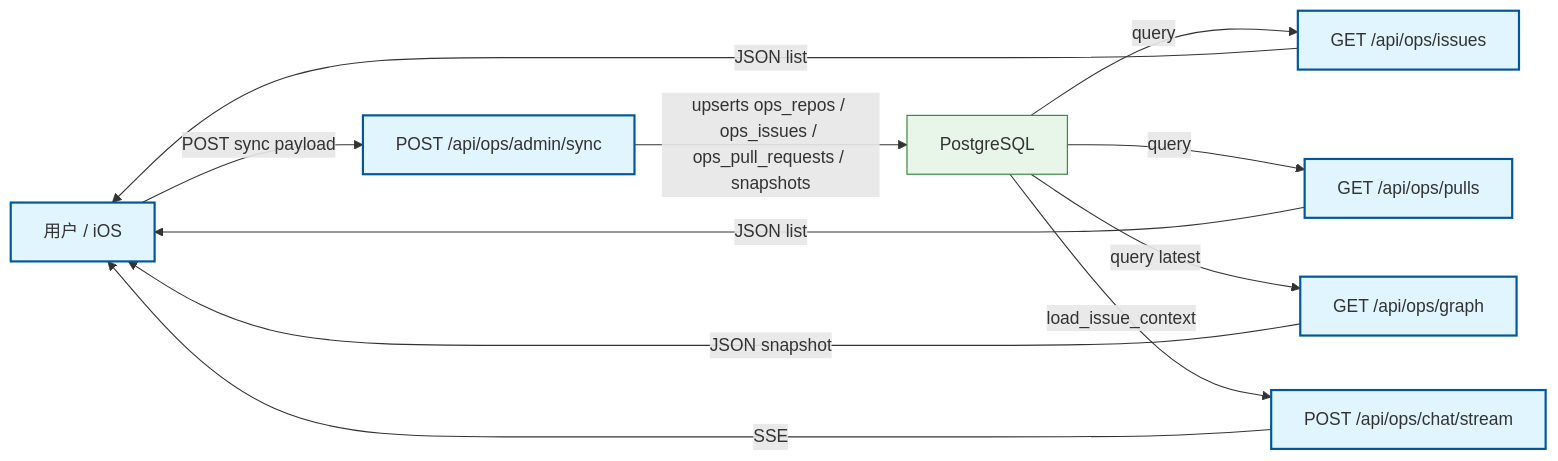
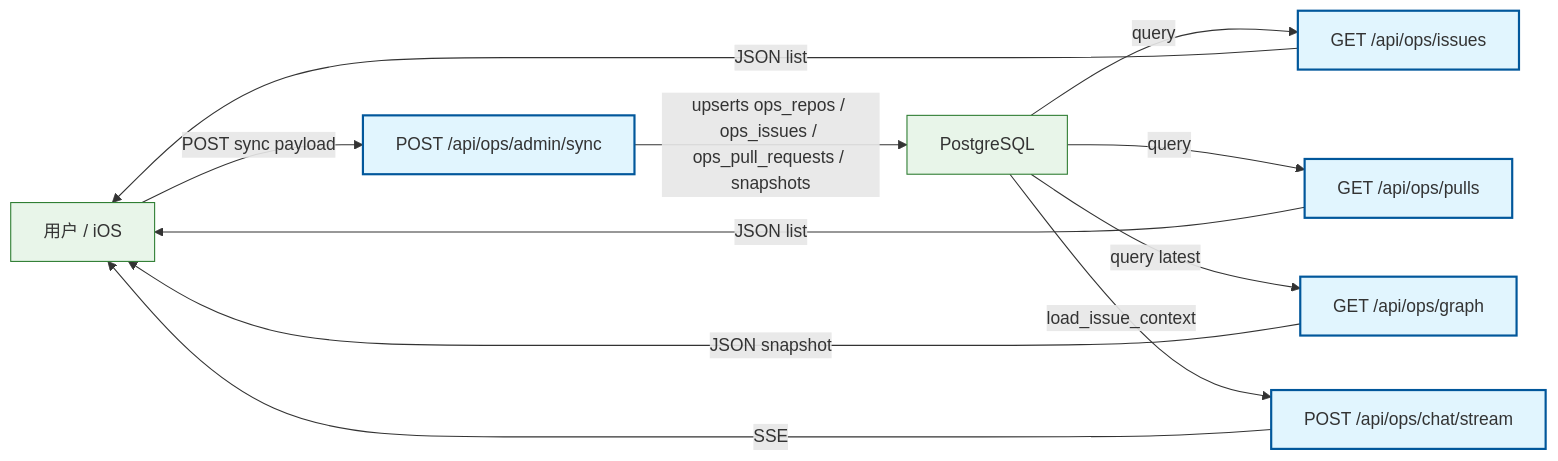
Before and after one commit to Cyning12/ops-desk-api: the diagram in docs/_tech_graph/l1/11_flow_sync_to_chat.md, drawn with Mermaid. The commit also changed other lines of this file and 19 other files, not shown here.

Commit message:
chore(graph): 命令面正式切换 @cyning/harness → dsh-coding-kit 1.6.1（SPEC §6 执行；normalize 降 check-only 护栏；graph.json 留本仓脚本；双路径回滚实证）

````diff
--- a/docs/_tech_graph/l1/11_flow_sync_to_chat.md
+++ b/docs/_tech_graph/l1/11_flow_sync_to_chat.md
@@ -14,34 +14,33 @@
 ```mermaid
 flowchart LR
     client["用户 / iOS"]
     admin_sync["POST /api/ops/admin/sync"]
     issues_endpoint["GET /api/ops/issues"]
     pulls_endpoint["GET /api/ops/pulls"]
     graph_endpoint["GET /api/ops/graph"]
     chat_stream["POST /api/ops/chat/stream"]
-    db[PostgreSQL]
+    db["PostgreSQL"]
 
     client -->|"POST sync payload"| admin_sync
     %% → app/ops/admin/sync.py#L28
     admin_sync -->|"upserts ops_repos / ops_issues / ops_pull_requests / snapshots"| db
     %% → app/ops/admin/service.py#L46
     db -->|"query"| issues_endpoint
     %% → app/ops/issues.py#L40
     db -->|"query"| pulls_endpoint
     %% → app/ops/pulls.py#L38
     db -->|"query latest"| graph_endpoint
     %% → app/ops/graph.py#L21
     db -->|"load_issue_context"| chat_stream
     %% → app/ops/chat/nodes.py#L99
     issues_endpoint -->|"JSON list"| client
     pulls_endpoint -->|"JSON list"| client
     graph_endpoint -->|"JSON snapshot"| client
     chat_stream -->|"SSE"| client
 
     classDef phase fill:#e1f5fe,stroke:#01579b,stroke-width:2px
     classDef doc fill:#fff8e1,stroke:#ff6f00,stroke-width:1px
     classDef infra fill:#e8f5e9,stroke:#2e7d32,stroke-width:1px
-
-    class client,admin_sync,issues_endpoint,pulls_endpoint,graph_endpoint,chat_stream phase
-    class db infra
+    class admin_sync,issues_endpoint,pulls_endpoint,graph_endpoint,chat_stream phase
+    class client,db infra
 ```
````
